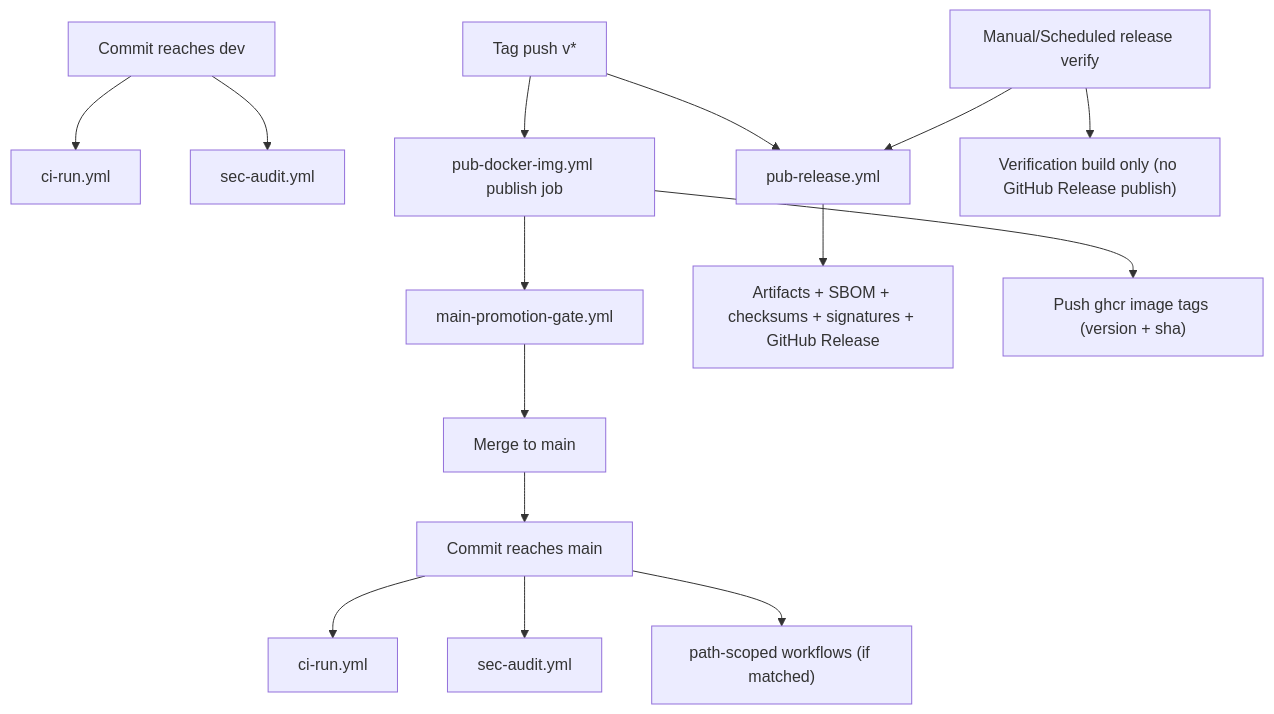
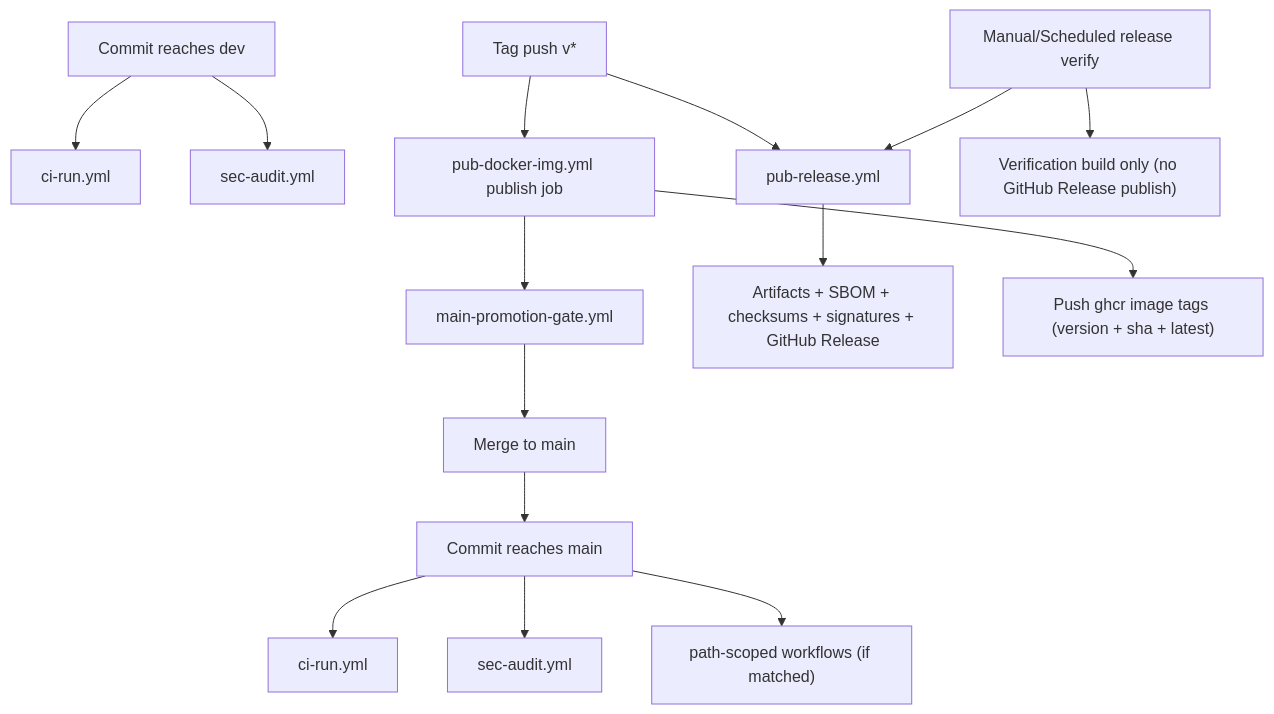
One commit to VK7KSM/eflClaw changed the second of 2 diagrams in .github/workflows/main-branch-flow.md. Above: the diagram before and after it, drawn with Mermaid. The commit also changed other lines of this file and 3 other files, not shown here.

````diff
--- a/.github/workflows/main-branch-flow.md
+++ b/.github/workflows/main-branch-flow.md
@@ -250,17 +252,17 @@
 ```mermaid
 flowchart TD
   D0["Commit reaches dev"] --> B0["ci-run.yml"]
   D0 --> C0["sec-audit.yml"]
   P["Promotion PR dev -> main"] --> PG["main-promotion-gate.yml"]
   PG --> M["Merge to main"]
   M --> A["Commit reaches main"]
   A --> B["ci-run.yml"]
   A --> C["sec-audit.yml"]
   A --> D["path-scoped workflows (if matched)"]
   T["Tag push v*"] --> R["pub-release.yml"]
   W["Manual/Scheduled release verify"] --> R
   T --> P["pub-docker-img.yml publish job"]
   R --> R1["Artifacts + SBOM + checksums + signatures + GitHub Release"]
   W --> R2["Verification build only (no GitHub Release publish)"]
-  P --> P1["Push ghcr image tags (version + sha)"]
+  P --> P1["Push ghcr image tags (version + sha + latest)"]
 ```
````
